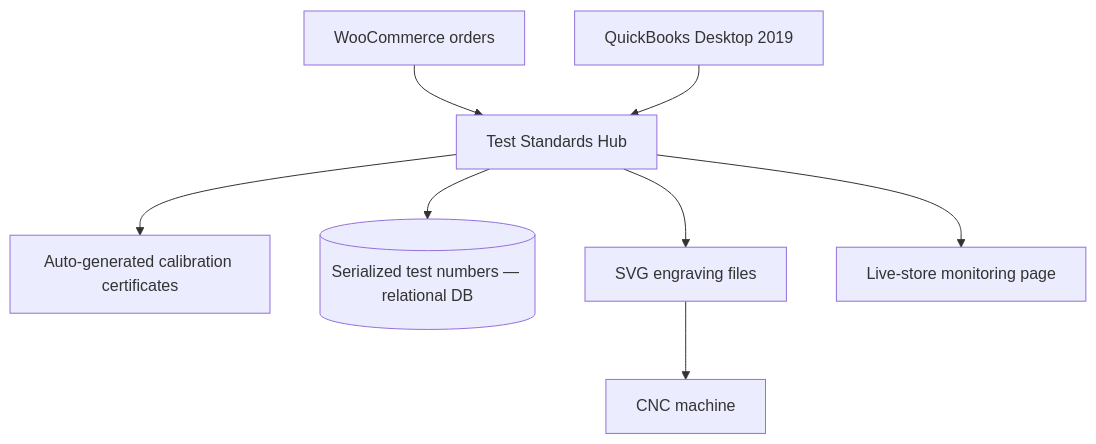
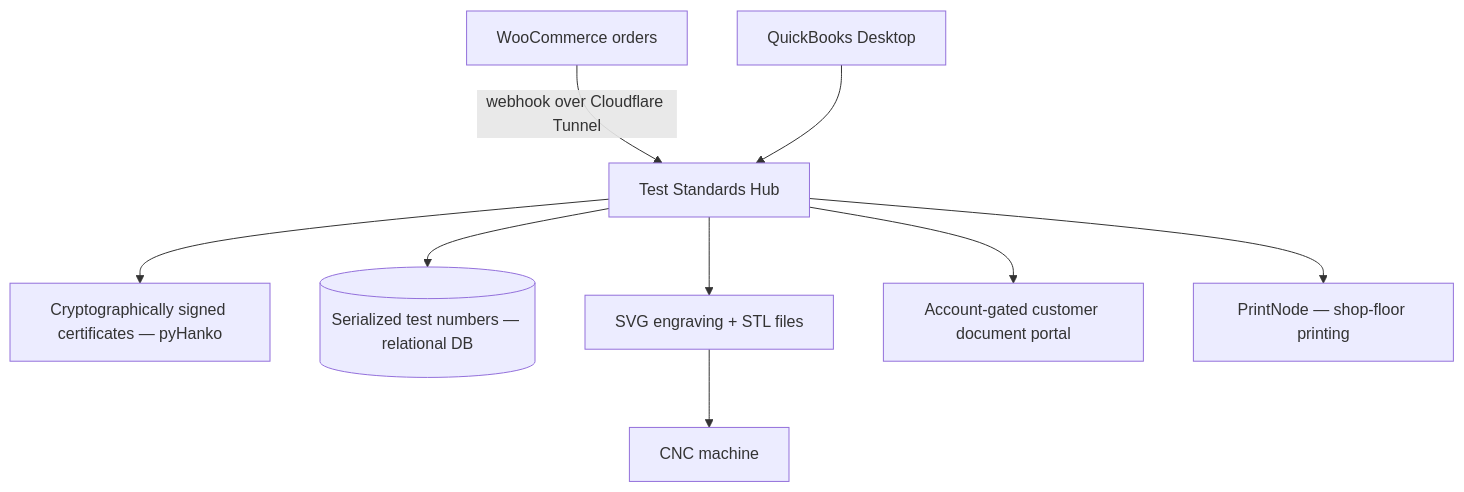
Before and after one commit to wtcrowe4/work-casebook: the second of 5 diagrams in README.md, drawn with Mermaid. The commit also changed other lines of this file, not shown here.

Commit message:
Rewrite casebook: AI-first framing, pyHanko signing, zero-downtime migration, Bedrock+React, SQL integrity

````diff
--- a/README.md
+++ b/README.md
@@ -41,9 +47,10 @@
 ```mermaid
 flowchart TD
-    W[WooCommerce orders] --> H[Test Standards Hub]
-    Q[QuickBooks Desktop 2019] --> H
-    H --> C[Auto-generated calibration certificates]
+    W[WooCommerce orders] -->|webhook over Cloudflare Tunnel| H[Test Standards Hub]
+    Q[QuickBooks Desktop] --> H
+    H --> C[Cryptographically signed certificates — pyHanko]
     H --> S[(Serialized test numbers — relational DB)]
-    H --> E[SVG engraving files] --> M[CNC machine]
-    H --> P[Live-store monitoring page]
+    H --> E[SVG engraving + STL files] --> M[CNC machine]
+    H --> P[Account-gated customer document portal]
+    H --> R[PrintNode — shop-floor printing]
 ```
````
